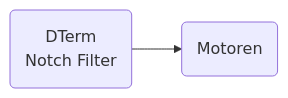
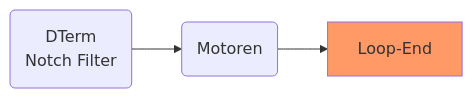
Before and after one commit to mrRobot62/lunax.betaflight.doc: the fourth of 4 diagrams in docs/bf_filter.md, drawn with Mermaid. The commit also changed other lines of this file and 43 other files, not shown here.

````diff
--- a/docs/bf_filter.md
+++ b/docs/bf_filter.md
@@ -100,5 +139,9 @@
 ```mermaid
 graph LR
+	classDef dbg fill:#ddd
+	classDef LP fill:#f96
+
 	DTNF(DTerm<br>Notch Filter) --> M(Motoren)
+	M --> LE[Loop-End]:::LP
 	
 ```
````
